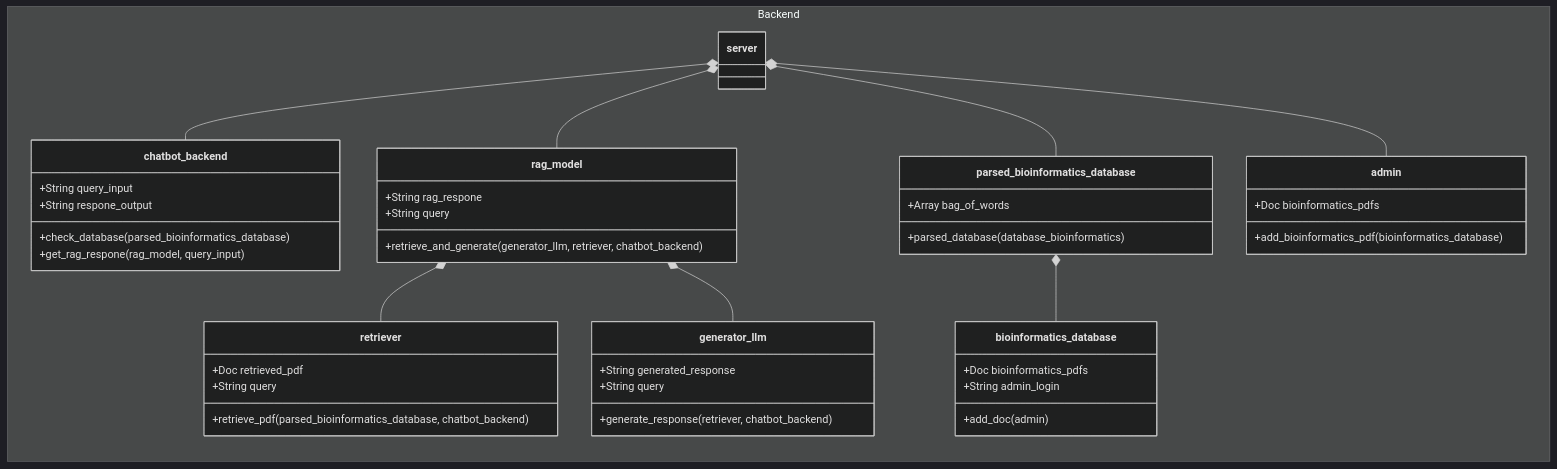
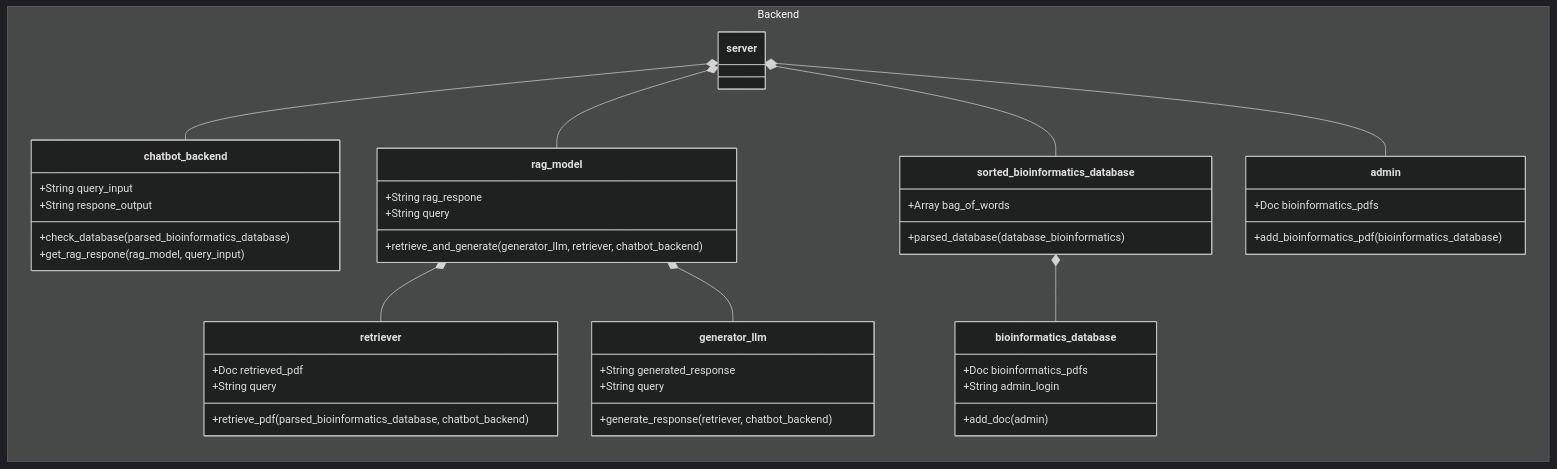
Before and after one commit to Capstone-Projects-2025-Spring/project-003-bioinformatics-chatbot: the third of 3 diagrams in documentation/docs/system-architecture/Class Diagram.md, drawn with Mermaid (dark theme). The commit also changed other lines of this file, not shown here.

First line of the commit message:
Update Class Diagram.md

````diff
--- a/documentation/docs/system-architecture/Class Diagram.md
+++ b/documentation/docs/system-architecture/Class Diagram.md
@@ -215,63 +171,63 @@
 ```mermaid
 classDiagram
 direction BT
 	namespace Backend {
         class server {
         }
 
         class chatbot_backend {
 	        +String query_input
 	        +String respone_output
 	        +check_database(parsed_bioinformatics_database)
                 +get_rag_respone(rag_model, query_input)
         }
 
         class bioinformatics_database{
 	        +Doc bioinformatics_pdfs
 	        +String admin_login
 	        +add_doc(admin)
         }
 
-        class parsed_bioinformatics_database{
+        class sorted_bioinformatics_database{
             +Array bag_of_words
             +parsed_database(database_bioinformatics)
         }
 
         class rag_model {
 	        +String rag_respone
                 +String query
 	        +retrieve_and_generate(generator_llm, retriever, chatbot_backend)
         }
 
         class retriever {
 	        +Doc retrieved_pdf
                 +String query
 	        +retrieve_pdf(parsed_bioinformatics_database, chatbot_backend)
         }
 
 
         class generator_llm {
 	        +String generated_response
 		+String query
 	        +generate_response(retriever, chatbot_backend)
         }
 
 
         class admin {
 	        +Doc bioinformatics_pdfs
 	        +add_bioinformatics_pdf(bioinformatics_database)
         }
 
 	}
 
 
 
     server *-- chatbot_backend
-    server *-- parsed_bioinformatics_database
+    server *--sorted_bioinformatics_database
     server *-- rag_model
     rag_model *-- retriever
     rag_model *-- generator_llm
     server *-- admin
-    parsed_bioinformatics_database *-- bioinformatics_database
+   sorted_bioinformatics_database *-- bioinformatics_database
     
 ```
````
